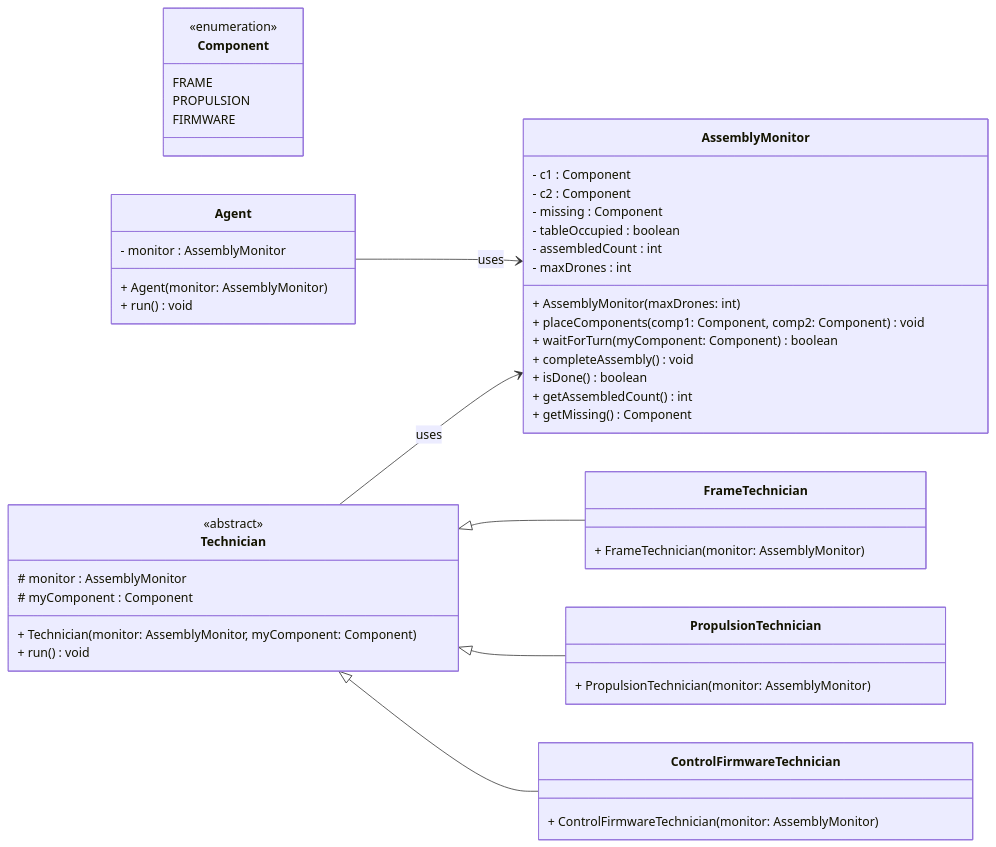
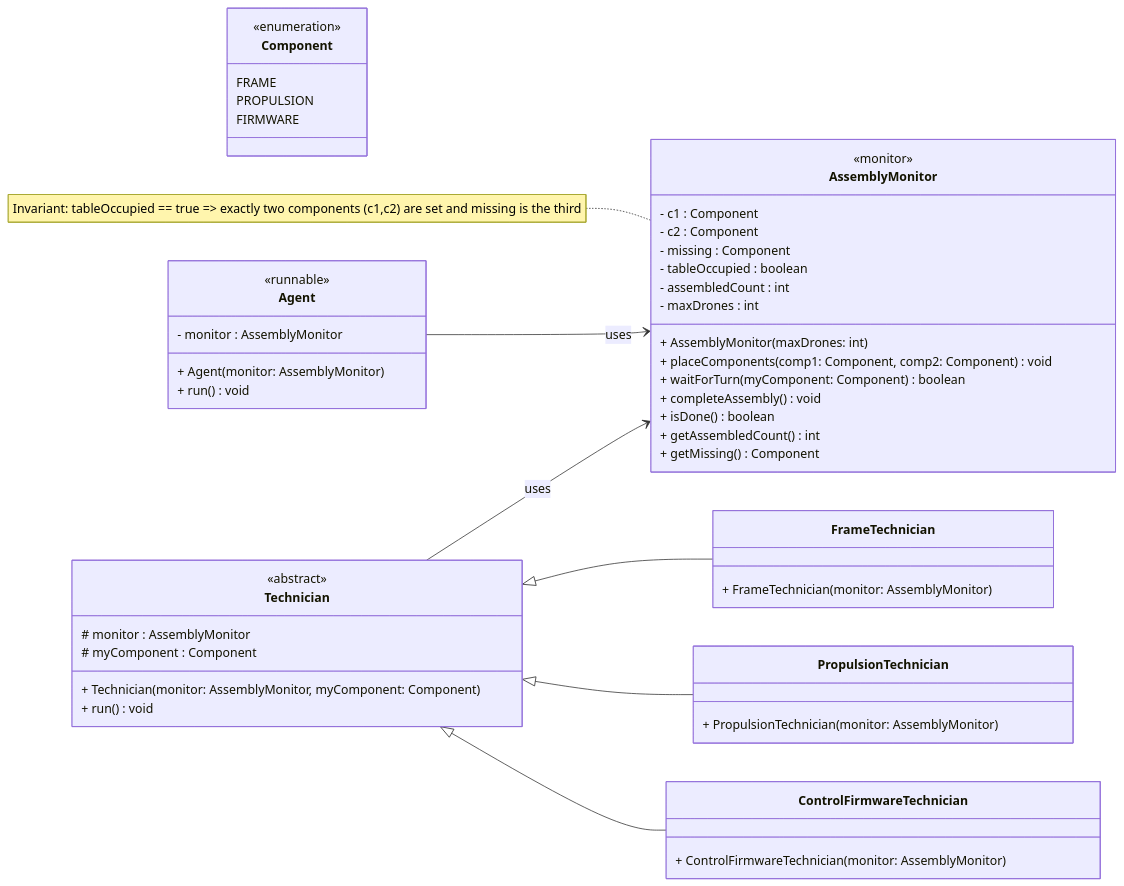
One commit to fareenlavji/rtConcurrentSystems changed the first of 2 diagrams in assignment01/README.md. Above: the diagram before and after it, drawn with Mermaid.

Commit message:
Refactor UML diagrams in README.md

````diff
--- a/assignment01/README.md
+++ b/assignment01/README.md
@@ -97,60 +97,64 @@
 ```mermaid
-  classDiagram
-  direction LR
+ classDiagram
+ direction LR
 
-  class Component {
-      <<enumeration>>
-      FRAME
-      PROPULSION
-      FIRMWARE
-  }
+ class Component {
+  <<enumeration>>
+  FRAME
+  PROPULSION
+  FIRMWARE
+ }
 
-  class AssemblyMonitor {
-      - c1 : Component
-      - c2 : Component
-      - missing : Component
-      - tableOccupied : boolean
-      - assembledCount : int
-      - maxDrones : int
-      + AssemblyMonitor(maxDrones: int)
-      + placeComponents(comp1: Component, comp2: Component) void
-      + waitForTurn(myComponent: Component) boolean
-      + completeAssembly() void
-      + isDone() boolean
-      + getAssembledCount() int
-      + getMissing() Component
-  }
+ class AssemblyMonitor {
+  <<monitor>>
+  - c1 : Component
+  - c2 : Component
+  - missing : Component
+  - tableOccupied : boolean
+  - assembledCount : int
+  - maxDrones : int
+  + AssemblyMonitor(maxDrones: int)
+  + placeComponents(comp1: Component, comp2: Component) void
+  + waitForTurn(myComponent: Component) boolean
+  + completeAssembly() void
+  + isDone() boolean
+  + getAssembledCount() int
+  + getMissing() Component
+ }
 
-  class Agent {
-      - monitor : AssemblyMonitor
-      + Agent(monitor: AssemblyMonitor)
-      + run() void
-  }
+ class Agent {
+  <<runnable>>
+  - monitor : AssemblyMonitor
+  + Agent(monitor: AssemblyMonitor)
+  + run() void
+ }
 
-  class Technician {
-      <<abstract>>
-      # monitor : AssemblyMonitor
-      # myComponent : Component
-      + Technician(monitor: AssemblyMonitor, myComponent: Component)
-      + run() void
-  }
+ class Technician {
+  <<abstract>>
+  # monitor : AssemblyMonitor
+  # myComponent : Component
+  + Technician(monitor: AssemblyMonitor, myComponent: Component)
+  + run() void
+ }
 
-  class FrameTechnician {
-      + FrameTechnician(monitor: AssemblyMonitor)
-  }
+ class FrameTechnician {
+  + FrameTechnician(monitor: AssemblyMonitor)
+ }
 
-  class PropulsionTechnician {
-      + PropulsionTechnician(monitor: AssemblyMonitor)
-  }
+ class PropulsionTechnician {
+  + PropulsionTechnician(monitor: AssemblyMonitor)
+ }
 
-  class ControlFirmwareTechnician {
-      + ControlFirmwareTechnician(monitor: AssemblyMonitor)
-  }
+ class ControlFirmwareTechnician {
+  + ControlFirmwareTechnician(monitor: AssemblyMonitor)
+ }
 
-  Agent --> AssemblyMonitor : uses
-  Technician --> AssemblyMonitor : uses
+ Agent --> AssemblyMonitor : uses
+ Technician --> AssemblyMonitor : uses
 
-  Technician <|-- FrameTechnician
-  Technician <|-- PropulsionTechnician
-  Technician <|-- ControlFirmwareTechnician
+ Technician <|-- FrameTechnician
+ Technician <|-- PropulsionTechnician
+ Technician <|-- ControlFirmwareTechnician
+
+ note for AssemblyMonitor "Invariant: tableOccupied == true => exactly two components (c1,c2) are set and missing is the third"
 ```
````
